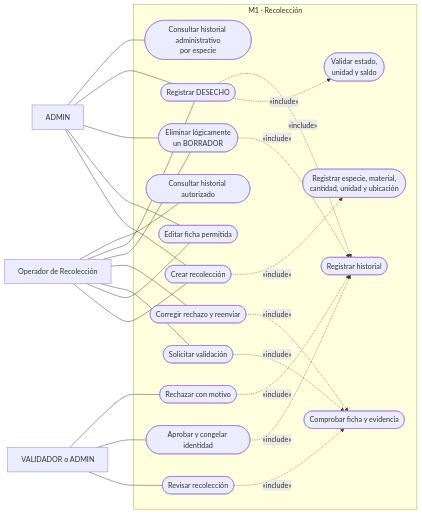
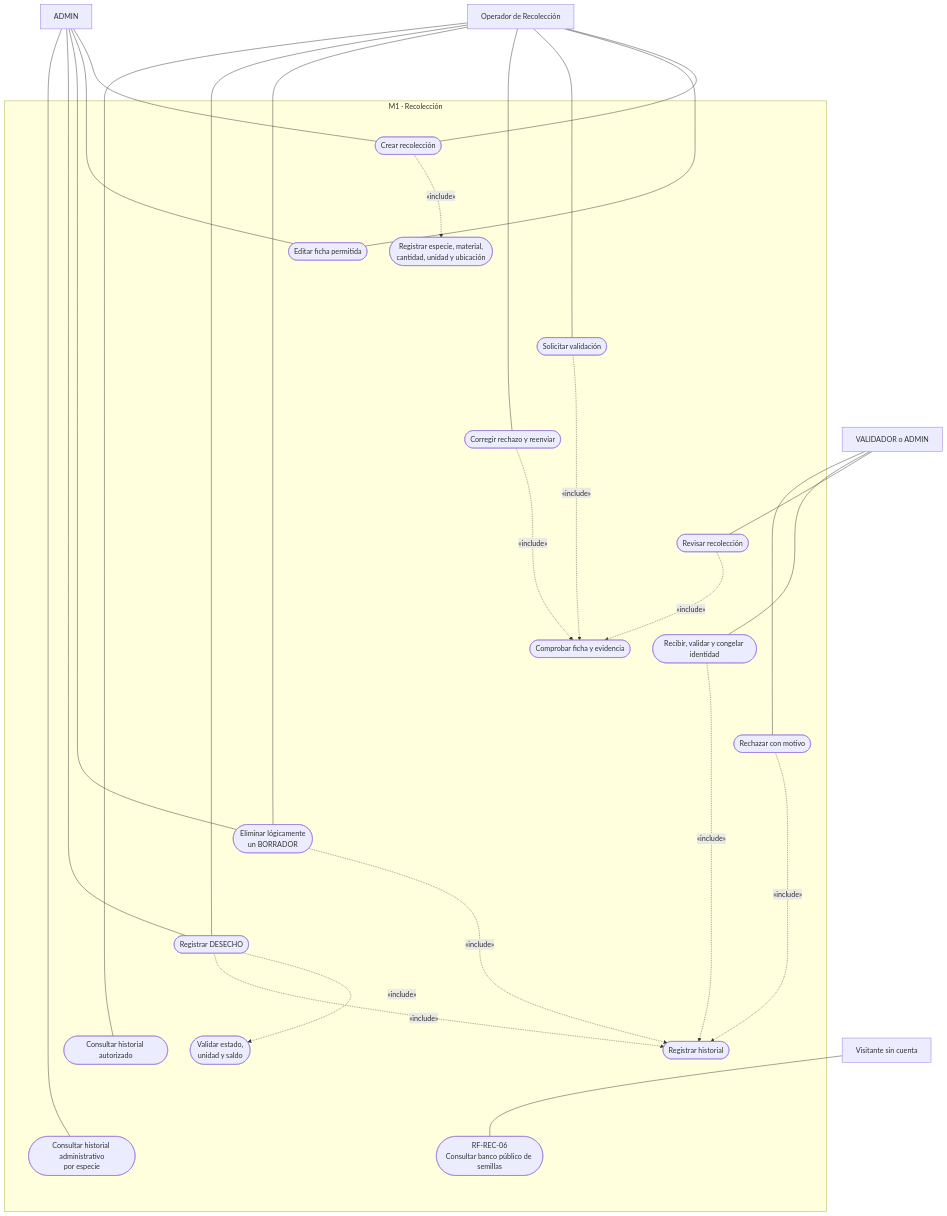
The fourth of 18 diagrams in documentacion-grado/06_entregables/proyecto_grado/03_2_fase_elaboracion.md (R3foresta/r3foresta-docs), drawn with Mermaid before and after one commit. The commit also changed other lines of this file and 672 other files, not shown here.

````diff
--- a/documentacion-grado/06_entregables/proyecto_grado/03_2_fase_elaboracion.md
+++ b/documentacion-grado/06_entregables/proyecto_grado/03_2_fase_elaboracion.md
@@ -238,52 +249,60 @@
 ```mermaid
-flowchart LR
+flowchart TB
+    %%{init: {"flowchart": {"rankSpacing": 160}}}%%
     OP["Operador de Recolección"]
     RV["VALIDADOR o ADMIN"]
     AD["ADMIN"]
+    VIS["Visitante sin cuenta"]
 
     subgraph M1["M1 · Recolección"]
         CRE(["Crear recolección"])
         EDI(["Editar ficha permitida"])
         DAT(["Registrar especie, material,<br/>cantidad, unidad y ubicación"])
         ENV(["Solicitar validación"])
         VAL(["Comprobar ficha y evidencia"])
         REV(["Revisar recolección"])
-        APR(["Aprobar y congelar identidad"])
+        APR(["Recibir, validar y congelar identidad"])
         REJ(["Rechazar con motivo"])
         COR(["Corregir rechazo y reenviar"])
         DEL(["Eliminar lógicamente<br/>un BORRADOR"])
         DES(["Registrar DESECHO"])
         SAL(["Validar estado,<br/>unidad y saldo"])
         HIS(["Registrar historial"])
         CONH(["Consultar historial autorizado"])
         ESP(["Consultar historial administrativo<br/>por especie"])
+        BAN(["RF-REC-06<br/>Consultar banco público de semillas"])
     end
 
     OP --- CRE
     OP --- EDI
     OP --- ENV
     OP --- COR
     OP --- DEL
     OP --- DES
     OP --- CONH
 
     AD --- CRE
     AD --- EDI
     AD --- DEL
     AD --- DES
     AD --- ESP
 
+    VIS --- BAN
+
     RV --- REV
     RV --- APR
     RV --- REJ
 
     CRE -.->|"«include»"| DAT
     ENV -.->|"«include»"| VAL
     COR -.->|"«include»"| VAL
     REV -.->|"«include»"| VAL
     REJ -.->|"«include»"| HIS
     APR -.->|"«include»"| HIS
     DEL -.->|"«include»"| HIS
     DES -.->|"«include»"| SAL
     DES -.->|"«include»"| HIS
+
+    %% Orden visual; estos enlaces invisibles no son relaciones del dominio.
+    CRE ~~~ EDI ~~~ ENV ~~~ COR ~~~ REV ~~~ APR ~~~ REJ ~~~ DEL ~~~ DES ~~~ CONH ~~~ ESP
 ```
````
